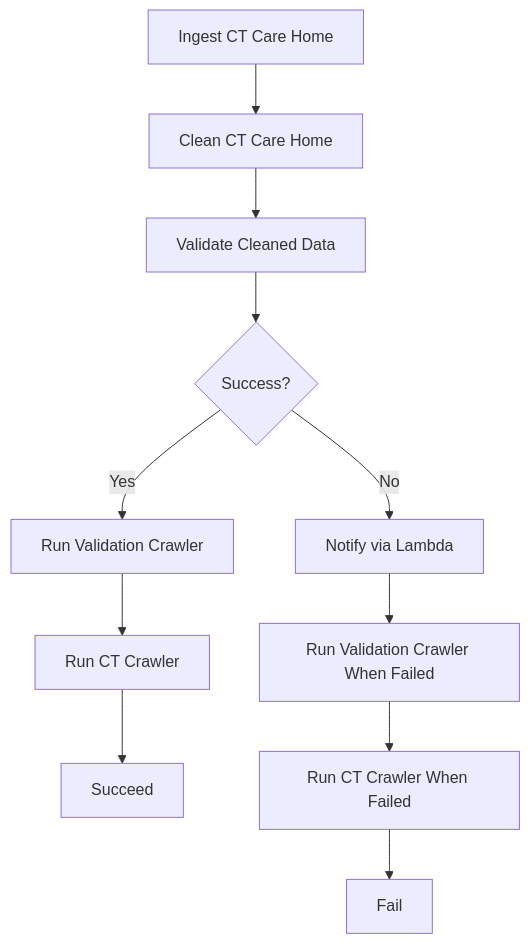
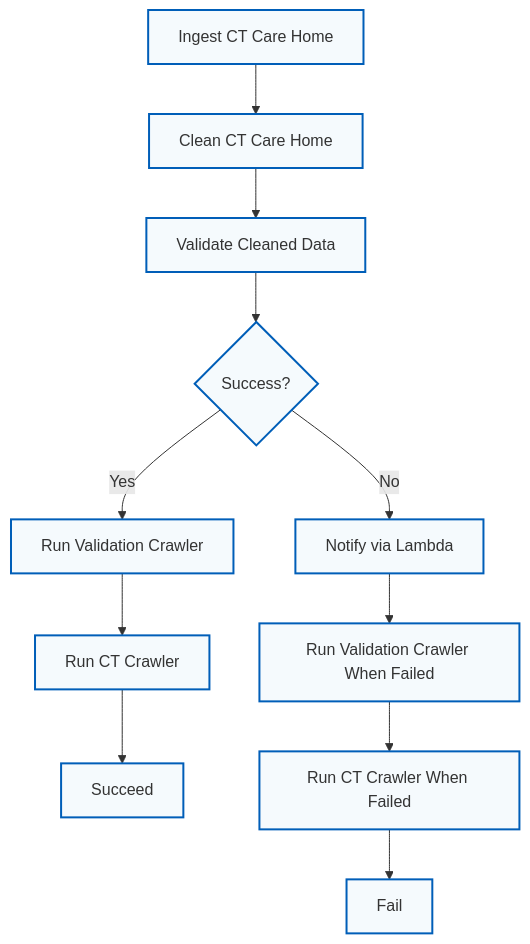
Before and after one commit to NMDSdevopsServiceAdm/DataEngineering: the diagram in docs/source/_01_data_ingestion_pipelines/ingest_capacity_tracker_care_home.md, drawn with Mermaid. The commit also changed 3 other files, not shown here.

Commit message:
format mermaid charts

````diff
--- a/docs/source/_01_data_ingestion_pipelines/ingest_capacity_tracker_care_home.md
+++ b/docs/source/_01_data_ingestion_pipelines/ingest_capacity_tracker_care_home.md
@@ -65,13 +65,15 @@
 ```{mermaid}
 graph TD
-    A[Ingest CT Care Home] --> B[Clean CT Care Home]
-    B --> C[Validate Cleaned Data]
-    C --> D{Success?}
-    D -->|Yes| E[Run Validation Crawler]
-    E --> F[Run CT Crawler]
-    F --> G[Succeed]
-    D -->|No| H[Notify via Lambda]
-    H --> I[Run Validation Crawler When Failed]
-    I --> J[Run CT Crawler When Failed]
-    J --> K[Fail]
+    A[Ingest CT Care Home]:::format --> B[Clean CT Care Home]:::format
+    B --> C[Validate Cleaned Data]:::format
+    C --> D{Success?}:::format
+    D -->|Yes| E[Run Validation Crawler]:::format
+    E --> F[Run CT Crawler]:::format
+    F --> G[Succeed]:::format
+    D -->|No| H[Notify via Lambda]:::format
+    H --> I[Run Validation Crawler When Failed]:::format
+    I --> J[Run CT Crawler When Failed]:::format
+    J --> K[Fail]:::format
+
+    classDef format fill:#F5FAFD,stroke:#005EB8,stroke-width:2px;
 ```
````
